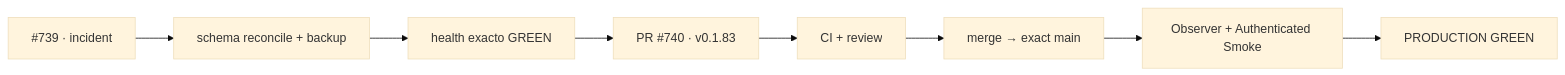
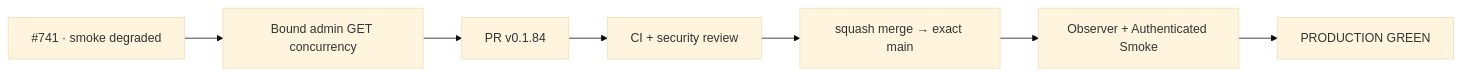
Before and after one commit to pl0n3r/brvtal: the diagram in README.md, drawn with Mermaid (base theme). The commit also changed other lines of this file and 5 other files, not shown here.

First line of the commit message:
fix(prod): bound authenticated admin GET pressure (#741) (v0.1.84)

````diff
--- a/README.md
+++ b/README.md
@@ -70,10 +66,9 @@
 ```mermaid
 flowchart LR
-  A["#739 · incident"] --> B["schema reconcile + backup"]
-  B --> C["health exacto GREEN"]
-  C --> D["PR #740 · v0.1.83"]
-  D --> E["CI + review"]
-  E --> F["merge → exact main"]
-  F --> G["Observer + Authenticated Smoke"]
-  G --> H["PRODUCTION GREEN"]
+  A["#741 · smoke degraded"] --> B["Bound admin GET concurrency"]
+  B --> C["PR v0.1.84"]
+  C --> D["CI + security review"]
+  D --> E["squash merge → exact main"]
+  E --> F["Observer + Authenticated Smoke"]
+  F --> G["PRODUCTION GREEN"]
 ```
````
